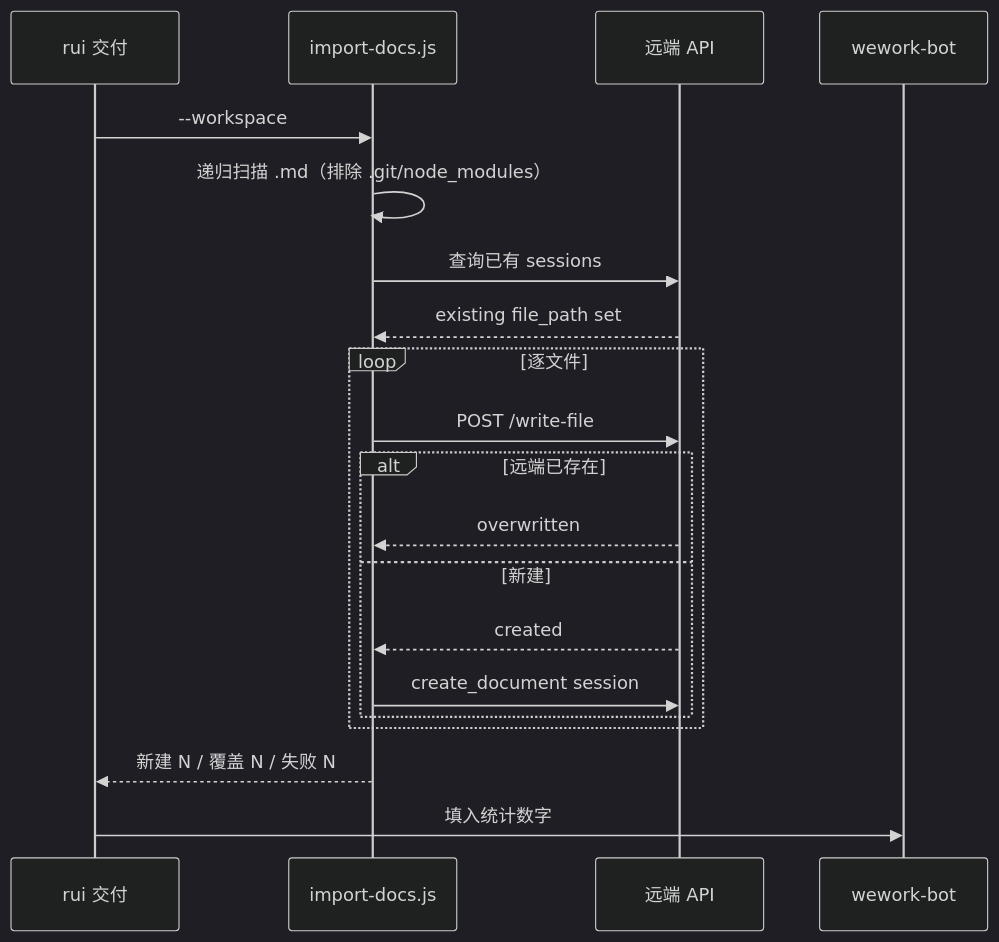
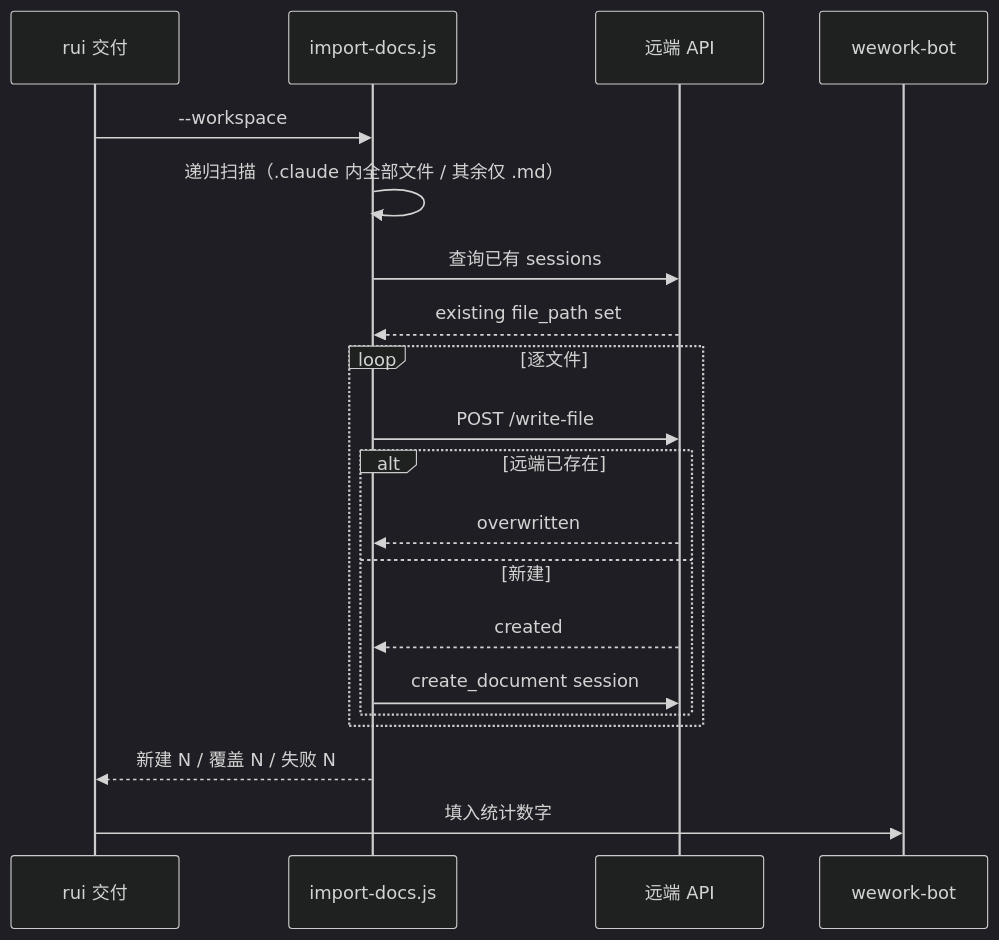
Before and after one commit to effiy/YrY: the second of 2 diagrams in skills/import-docs/SKILL.md, drawn with Mermaid (dark theme). The commit also changed other lines of this file and 2 other files, not shown here.

````diff
--- a/skills/import-docs/SKILL.md
+++ b/skills/import-docs/SKILL.md
@@ -41,23 +43,23 @@
 ```mermaid
 sequenceDiagram
     participant RUI as rui 交付
     participant CMD as import-docs.js
     participant API as 远端 API
     participant WW as wework-bot
 
     RUI->>CMD: --workspace
-    CMD->>CMD: 递归扫描 .md（排除 .git/node_modules）
+    CMD->>CMD: 递归扫描（.claude 内全部文件 / 其余仅 .md）
     CMD->>API: 查询已有 sessions
     API-->>CMD: existing file_path set
     loop 逐文件
         CMD->>API: POST /write-file
         alt 远端已存在
             API-->>CMD: overwritten
         else 新建
             API-->>CMD: created
             CMD->>API: create_document session
         end
     end
     CMD-->>RUI: 新建 N / 覆盖 N / 失败 N
     RUI->>WW: 填入统计数字
 ```
````
